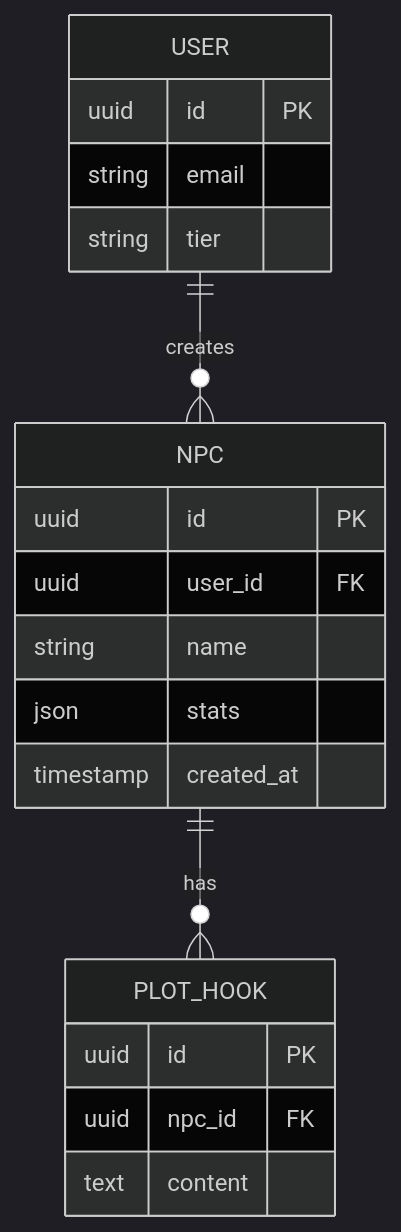
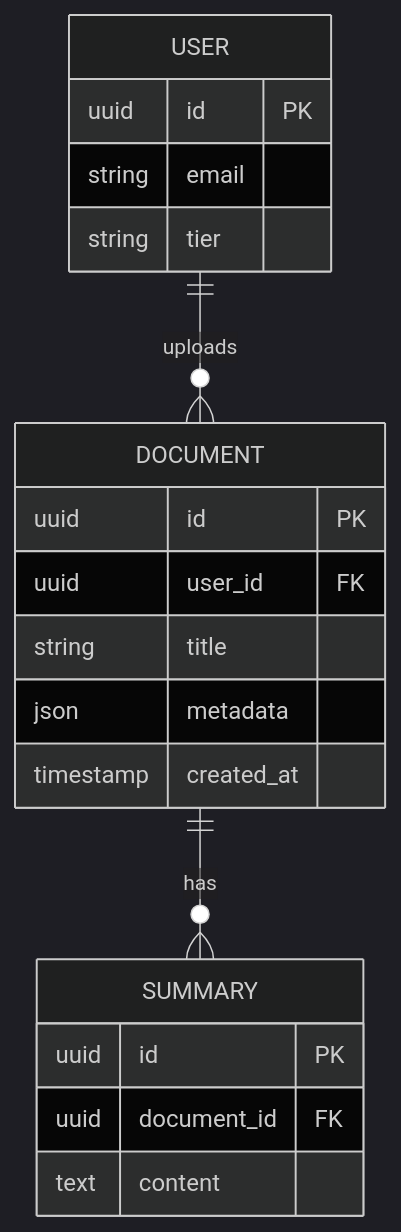
Before and after one commit to stylusnexus/agent-plugins: the fourth of 8 diagrams in plugins/codebase-intel/skills/codebase-architecture-scanner/SKILL.md, drawn with Mermaid (dark theme). The commit also changed other lines of this file and 36 other files, not shown here.

````diff
--- a/plugins/codebase-intel/skills/codebase-architecture-scanner/SKILL.md
+++ b/plugins/codebase-intel/skills/codebase-architecture-scanner/SKILL.md
@@ -182,22 +182,22 @@
    ```mermaid
    erDiagram
-       USER ||--o{ NPC : creates
+       USER ||--o{ DOCUMENT : uploads
        USER {
            uuid id PK
            string email
            string tier
        }
-       NPC {
+       DOCUMENT {
            uuid id PK
            uuid user_id FK
-           string name
-           json stats
+           string title
+           json metadata
            timestamp created_at
        }
-       NPC ||--o{ PLOT_HOOK : has
-       PLOT_HOOK {
+       DOCUMENT ||--o{ SUMMARY : has
+       SUMMARY {
            uuid id PK
-           uuid npc_id FK
+           uuid document_id FK
            text content
        }
    ```
````
